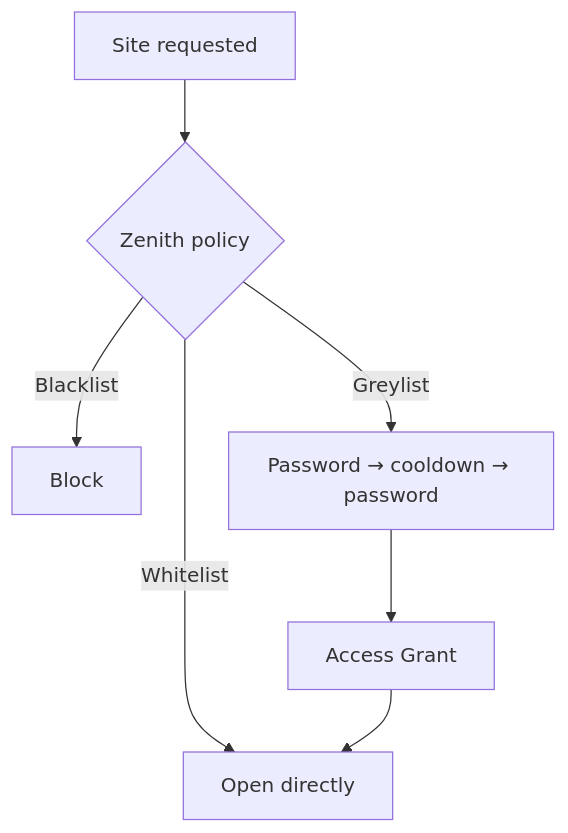
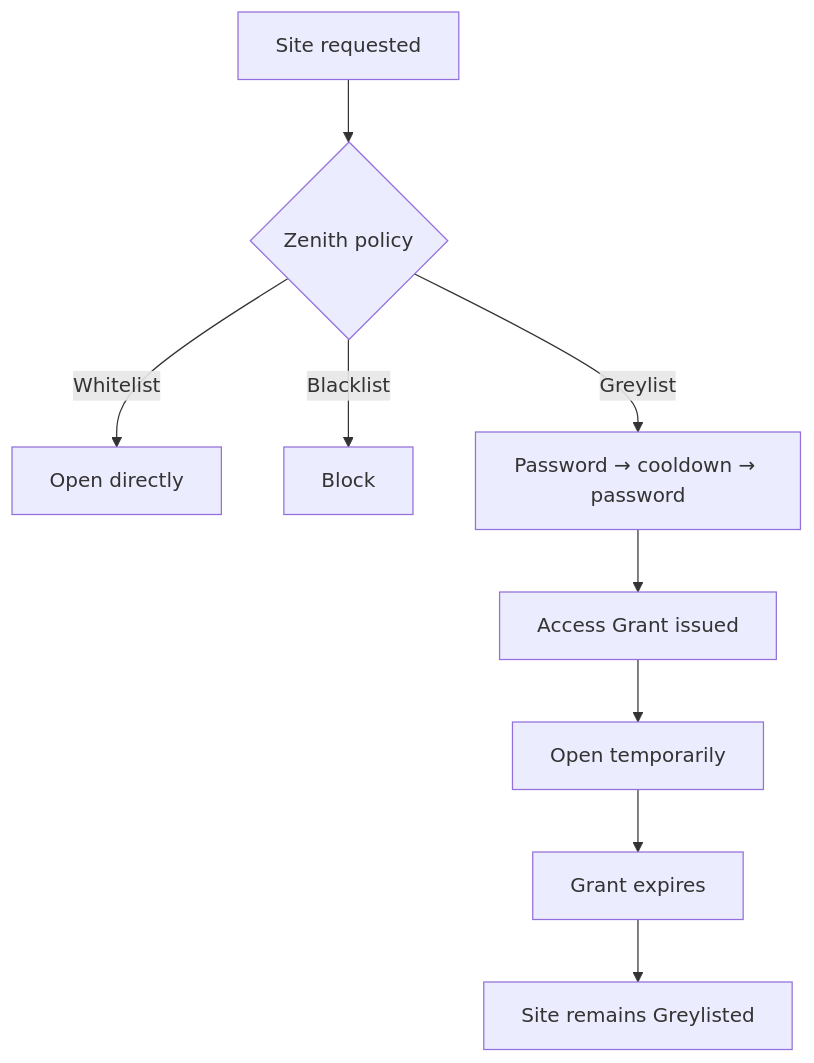
One commit to JinhaoR/Zenith changed the diagram in README.md. Above: the diagram before and after it, drawn with Mermaid. The commit also changed other lines of this file, not shown here.

Commit message:
Fixed the flowchart in README

```diff
--- a/README.md
+++ b/README.md
@@ -15,9 +15,16 @@
 ~~~mermaid
 flowchart TD
     Request["Site requested"] --> Classify{"Zenith policy"}
+
     Classify -->|Whitelist| Open["Open directly"]
+
     Classify -->|Blacklist| Block["Block"]
+
     Classify -->|Greylist| Gate["Password → cooldown → password"]
-    Gate --> Grant["Access Grant"]
-    Grant --> Open
+
+    Gate --> Grant["Access Grant issued"]
+    Grant --> OpenTemp["Open temporarily"]
+
+    OpenTemp --> Expire["Grant expires"]
+    Expire --> Greylist["Site remains Greylisted"]
 ~~~
```
